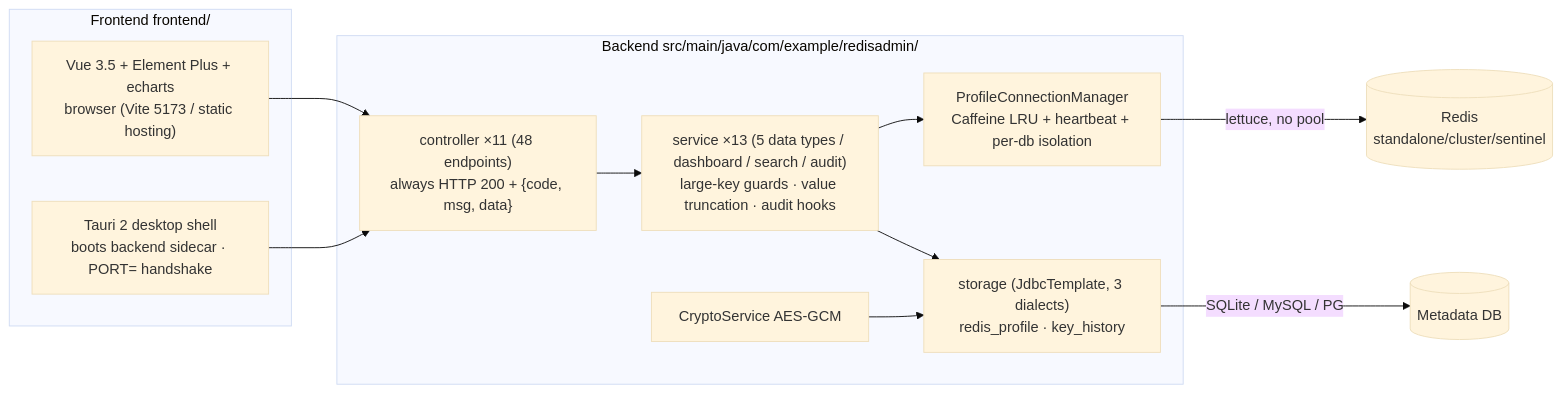
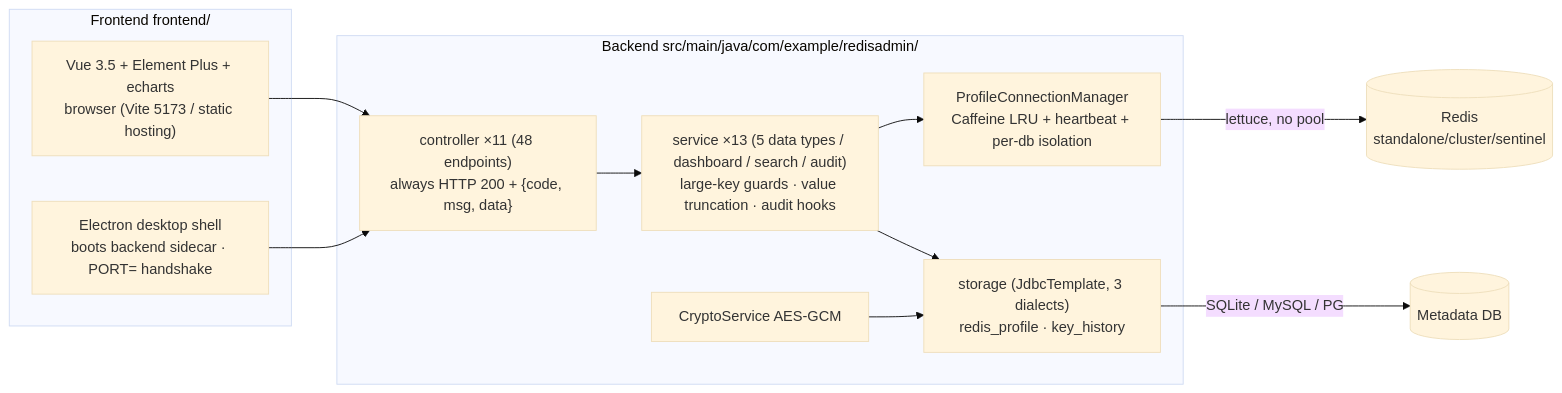
One commit to wssc555/redisVisual changed the diagram in README_EN.md. Above: the diagram before and after it, drawn with Mermaid (base theme). The commit also changed other lines of this file and 29 other files, not shown here.

````diff
--- a/README_EN.md
+++ b/README_EN.md
@@ -14,22 +14,22 @@
 ```mermaid
 flowchart LR
     subgraph FE["Frontend frontend/"]
         WEB["Vue 3.5 + Element Plus + echarts<br/>browser (Vite 5173 / static hosting)"]
-        TAURI["Tauri 2 desktop shell<br/>boots backend sidecar · PORT= handshake"]
+        SHELL["Electron desktop shell<br/>boots backend sidecar · PORT= handshake"]
     end
     subgraph BE["Backend src/main/java/com/example/redisadmin/"]
         CT["controller ×11 (48 endpoints)<br/>always HTTP 200 + {code, msg, data}"]
         SV["service ×13 (5 data types / dashboard / search / audit)<br/>large-key guards · value truncation · audit hooks"]
         CM["ProfileConnectionManager<br/>Caffeine LRU + heartbeat + per-db isolation"]
         ST["storage (JdbcTemplate, 3 dialects)<br/>redis_profile · key_history"]
         SEC["CryptoService AES-GCM"]
     end
     WEB --> CT
-    TAURI --> CT
+    SHELL --> CT
     CT --> SV
     SV --> CM
     SV --> ST
     SEC --> ST
     CM -->|lettuce, no pool| R[("Redis<br/>standalone/cluster/sentinel")]
     ST -->|SQLite / MySQL / PG| DB[("Metadata DB")]
 ```
````
